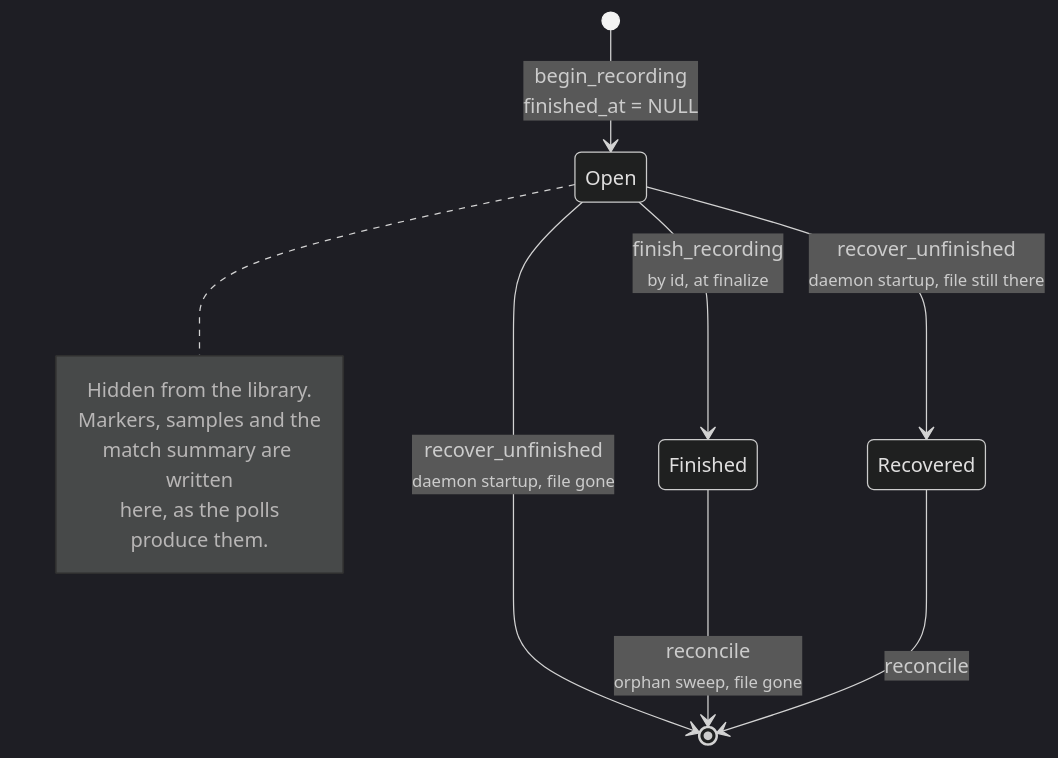
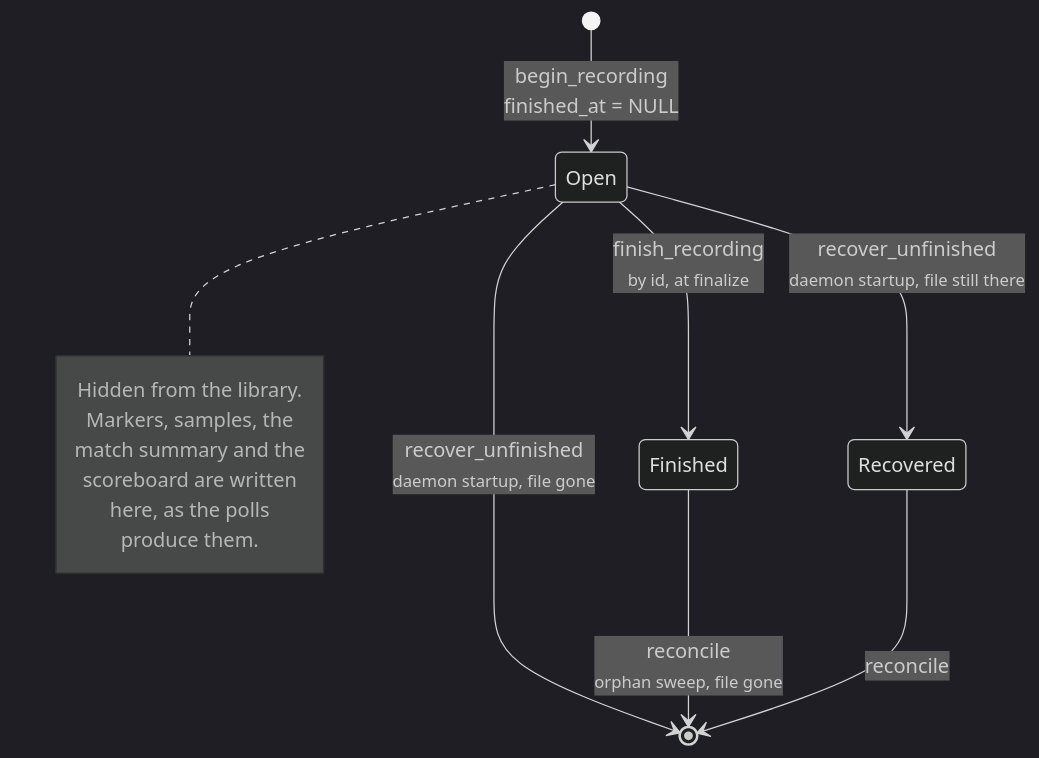
One commit to NinjaGoldfinch/ninja-recorder changed the second of 5 diagrams in docs/data-model.md. Above: the diagram before and after it, drawn with Mermaid (dark theme). The commit also changed other lines of this file and 5 other files, not shown here.

````diff
--- a/docs/data-model.md
+++ b/docs/data-model.md
@@ -408,16 +408,17 @@
 ```mermaid
 stateDiagram-v2
     [*] --> Open: begin_recording<br/>finished_at = NULL
     Open --> Finished: finish_recording<br/><small>by id, at finalize</small>
     Open --> Recovered: recover_unfinished<br/><small>daemon startup, file still there</small>
     Open --> [*]: recover_unfinished<br/><small>daemon startup, file gone</small>
     Finished --> [*]: reconcile<br/><small>orphan sweep, file gone</small>
     Recovered --> [*]: reconcile
     note right of Open
         Hidden from the library.
-        Markers, samples and the
-        match summary are written
+        Markers, samples, the
+        match summary and the
+        scoreboard are written
         here, as the polls
         produce them.
     end note
 ```
````
